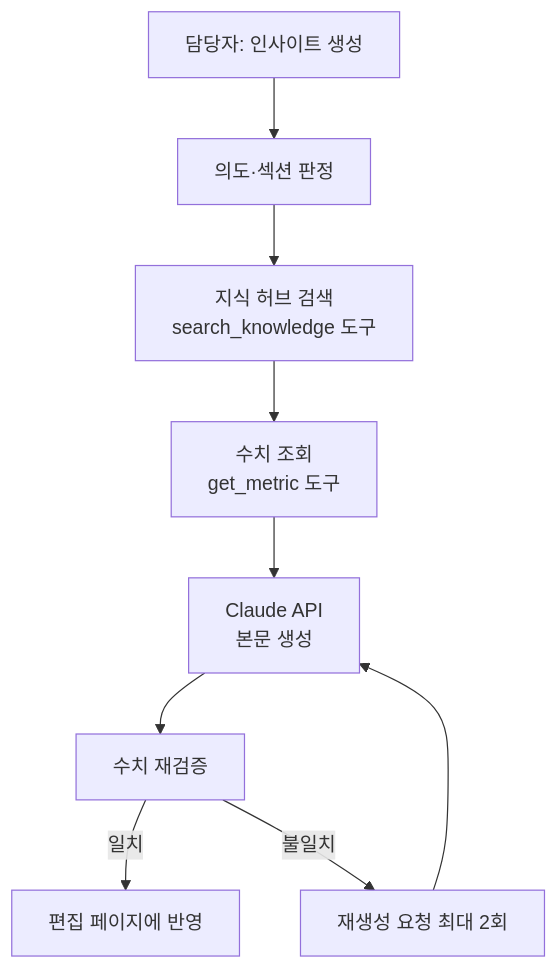
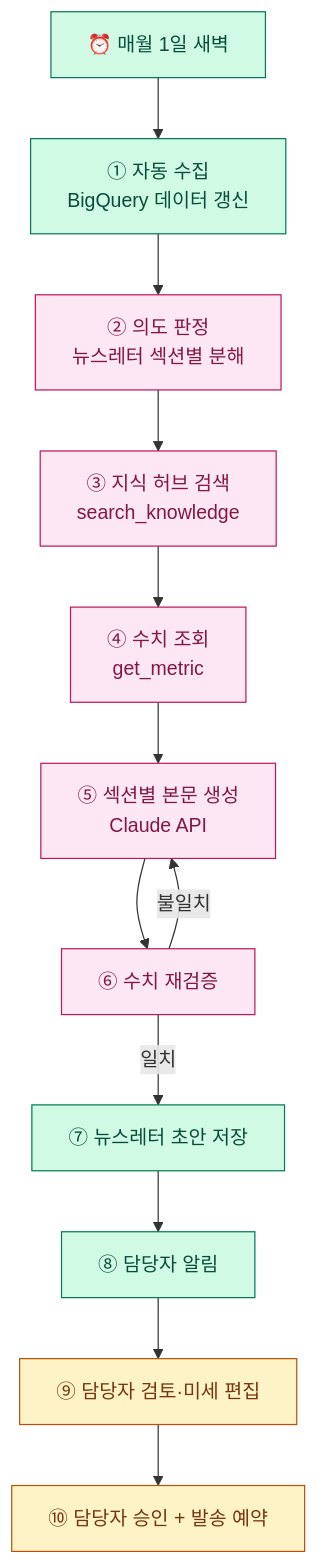
Before and after one commit to mts8787-droid/my-geo-newsletter: the fourth of 4 diagrams in docs/ADMIN_PLAN.md, drawn with Mermaid. The commit also changed other lines of this file, not shown here.

````diff
--- a/docs/ADMIN_PLAN.md
+++ b/docs/ADMIN_PLAN.md
@@ -380,15 +346,25 @@
 ```mermaid
 flowchart TD
-  요청[담당자: 인사이트 생성]
-  계획[의도·섹션 판정]
-  검색[지식 허브 검색<br/>search_knowledge 도구]
-  측정[수치 조회<br/>get_metric 도구]
-  생성[Claude API<br/>본문 생성]
-  검증[수치 재검증]
-  OK[편집 페이지에 반영]
-  재생성[재생성 요청 최대 2회]
+  classDef auto fill:#D1FAE5,stroke:#047857,color:#064E3B
+  classDef agent fill:#FCE7F3,stroke:#BE185D,color:#831843
+  classDef human fill:#FEF3C7,stroke:#B45309,color:#78350F
 
-  요청 --> 계획 --> 검색 --> 측정 --> 생성 --> 검증
-  검증 -- 일치 --> OK
-  검증 -- 불일치 --> 재생성 --> 생성
+  시작[⏰ 매월 1일 새벽]:::auto
+
+  수집[① 자동 수집<br/>BigQuery 데이터 갱신]:::auto
+  의도[② 의도 판정<br/>뉴스레터 섹션별 분해]:::agent
+  지식[③ 지식 허브 검색<br/>search_knowledge]:::agent
+  수치[④ 수치 조회<br/>get_metric]:::agent
+  생성[⑤ 섹션별 본문 생성<br/>Claude API]:::agent
+  검증[⑥ 수치 재검증]:::agent
+  초안[⑦ 뉴스레터 초안 저장]:::auto
+  알림[⑧ 담당자 알림]:::auto
+
+  검토[⑨ 담당자 검토·미세 편집]:::human
+  승인[⑩ 담당자 승인 + 발송 예약]:::human
+
+  시작 --> 수집 --> 의도 --> 지식 --> 수치 --> 생성 --> 검증
+  검증 -- 일치 --> 초안
+  검증 -- 불일치 --> 생성
+  초안 --> 알림 --> 검토 --> 승인
 ```
````
